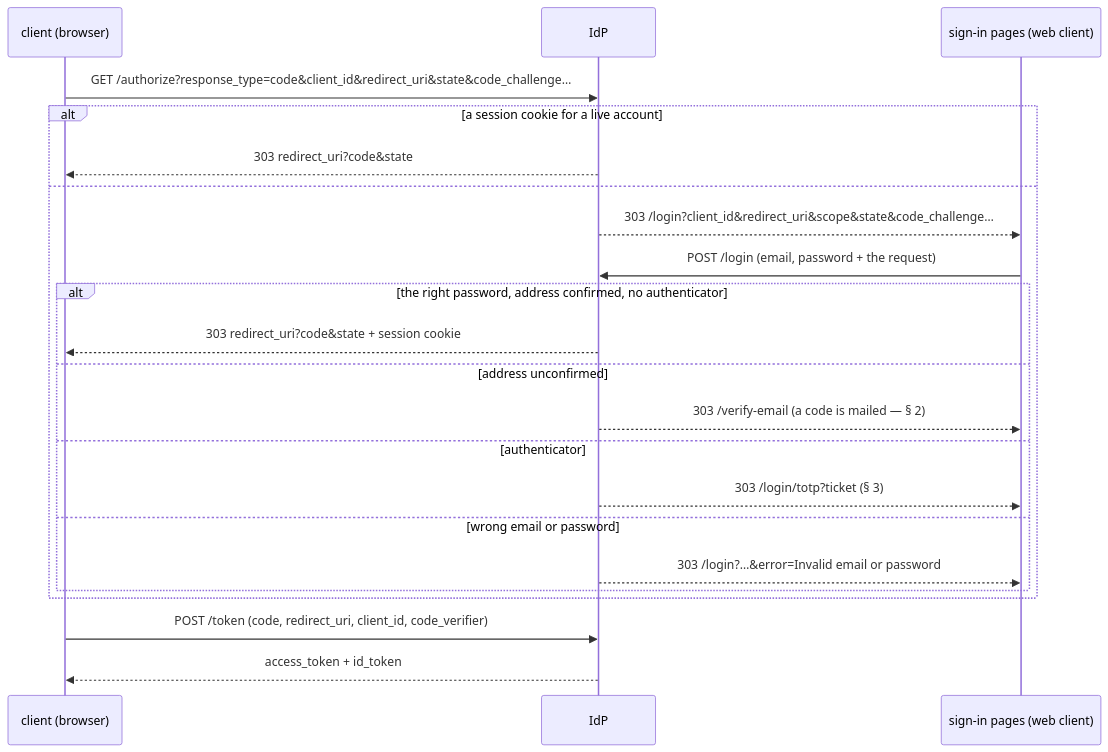
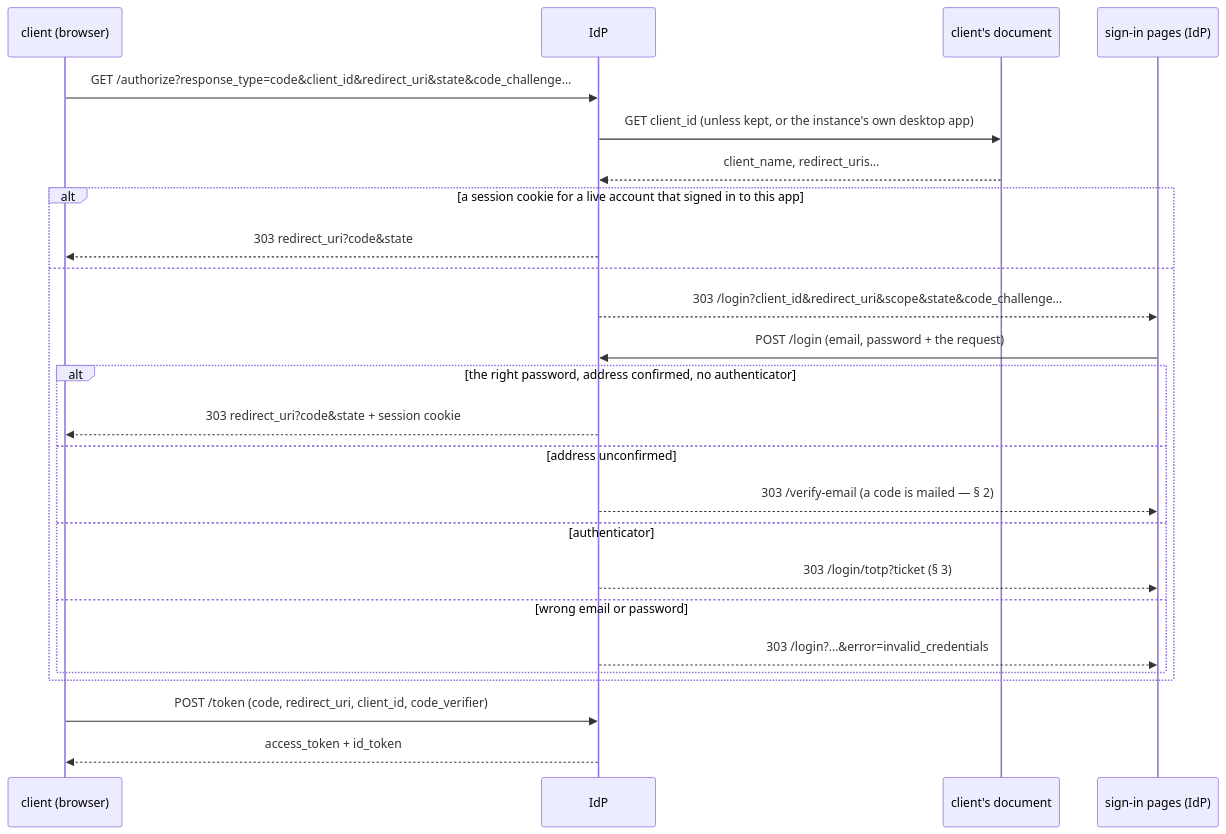
Before and after one commit to Pina-i/pinai: the first of 3 diagrams in identity-provider/specs/auth.md, drawn with Mermaid. The commit also changed other lines of this file and 113 other files, not shown here.

Commit message:
New login layout -> server return signin/signup relatives pages

````diff
--- a/identity-provider/specs/auth.md
+++ b/identity-provider/specs/auth.md
@@ -10,25 +11,28 @@
 ```mermaid
 sequenceDiagram
     participant C as client (browser)
     participant I as IdP
-    participant P as sign-in pages (web client)
+    participant D as client's document
+    participant P as sign-in pages (IdP)
 
     C->>I: GET /authorize?response_type=code&client_id&redirect_uri&state&code_challenge…
-    alt a session cookie for a live account
+    I->>D: GET client_id (unless kept, or the instance's own desktop app)
+    D-->>I: client_name, redirect_uris…
+    alt a session cookie for a live account that signed in to this app
         I-->>C: 303 redirect_uri?code&state
     else
         I-->>P: 303 /login?client_id&redirect_uri&scope&state&code_challenge…
         P->>I: POST /login (email, password + the request)
         alt the right password, address confirmed, no authenticator
             I-->>C: 303 redirect_uri?code&state + session cookie
         else address unconfirmed
             I-->>P: 303 /verify-email (a code is mailed — § 2)
         else authenticator
             I-->>P: 303 /login/totp?ticket (§ 3)
         else wrong email or password
-            I-->>P: 303 /login?…&error=Invalid email or password
+            I-->>P: 303 /login?…&error=invalid_credentials
         end
     end
     C->>I: POST /token (code, redirect_uri, client_id, code_verifier)
     I-->>C: access_token + id_token
 ```
````
